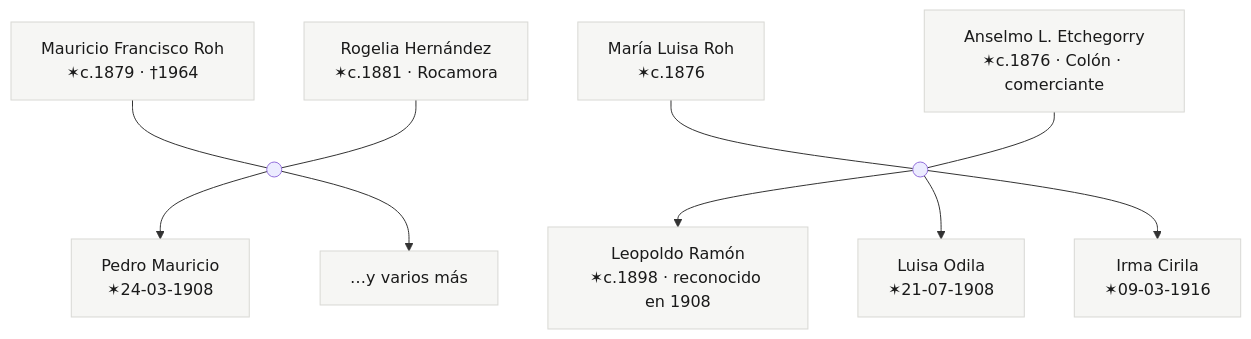
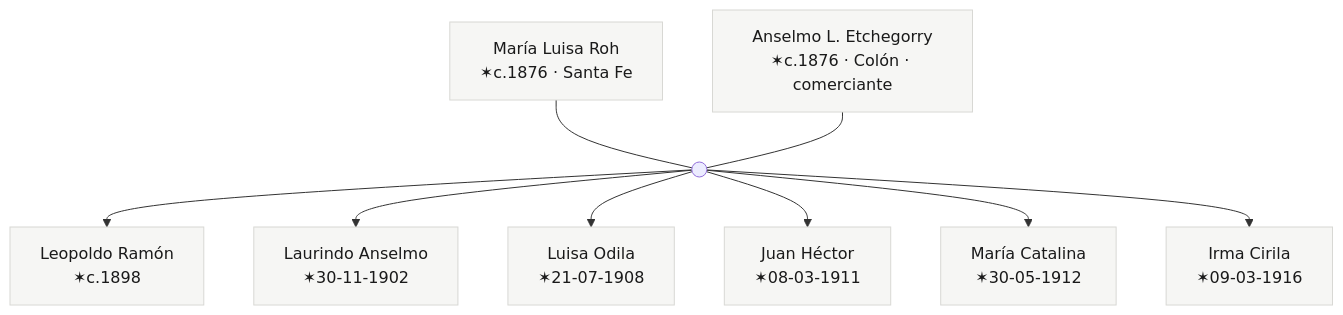
Before and after one commit to cmzo/web-genealogia: the fourth of 4 diagrams in content/posts/buscando-a-los-roh.md, drawn with Mermaid. The commit also changed other lines of this file and 15 other files, not shown here.

````diff
--- a/content/posts/buscando-a-los-roh.md
+++ b/content/posts/buscando-a-los-roh.md
@@ -166,27 +185,18 @@
 ```mermaid
 flowchart TD
-    MAU["Mauricio Francisco Roh\n✶c.1879 · †1964"]
-    RH["Rogelia Hernández\n✶c.1881 · Rocamora"]
-    mm(( ))
-    MAU --- mm
-    RH --- mm
-    PM["Pedro Mauricio\n✶24-03-1908"]
-    MAS["…y varios más"]
-    mm --> PM
-    mm --> MAS
-
-    MLU["María Luisa Roh\n✶c.1876"]
+    MLU["María Luisa Roh\n✶c.1876 · Santa Fe"]
     AE["Anselmo L. Etchegorry\n✶c.1876 · Colón · comerciante"]
     me(( ))
     MLU --- me
     AE --- me
-    LR["Leopoldo Ramón\n✶c.1898 · reconocido en 1908"]
-    LO["Luisa Odila\n✶21-07-1908"]
-    IC["Irma Cirila\n✶09-03-1916"]
-    me --> LR
-    me --> LO
-    me --> IC
+    E1["Leopoldo Ramón\n✶c.1898"]
+    E2["Laurindo Anselmo\n✶30-11-1902"]
+    E3["Luisa Odila\n✶21-07-1908"]
+    E4["Juan Héctor\n✶08-03-1911"]
+    E5["María Catalina\n✶30-05-1912"]
+    E6["Irma Cirila\n✶09-03-1916"]
+    me --> E1 & E2 & E3 & E4 & E5 & E6
 
     classDef g fill:#f6f6f4,stroke:#d8d8d4,color:#1a1a1a
-    class PM,MAS,LR,LO,IC,MAU,RH,MLU,AE g
+    class MLU,AE,E1,E2,E3,E4,E5,E6 g
 ```
````
